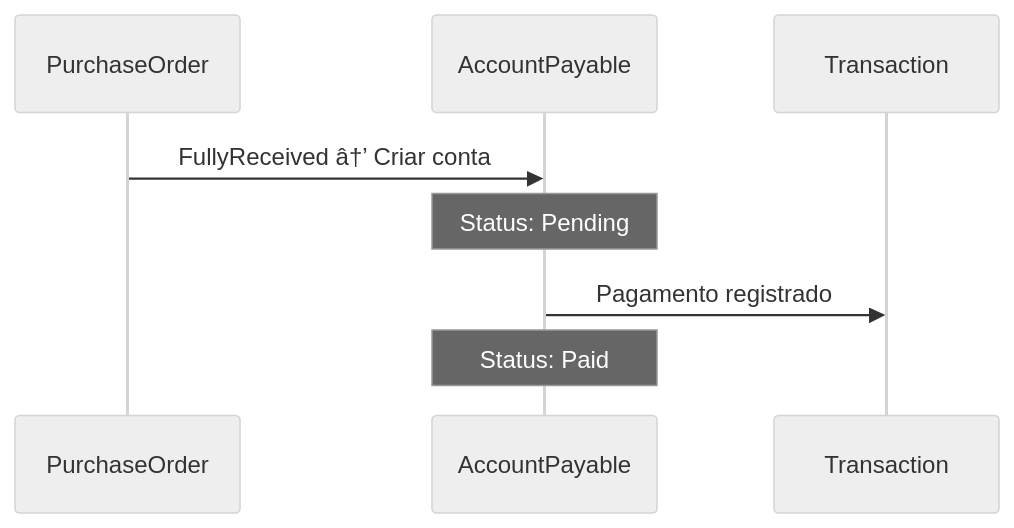
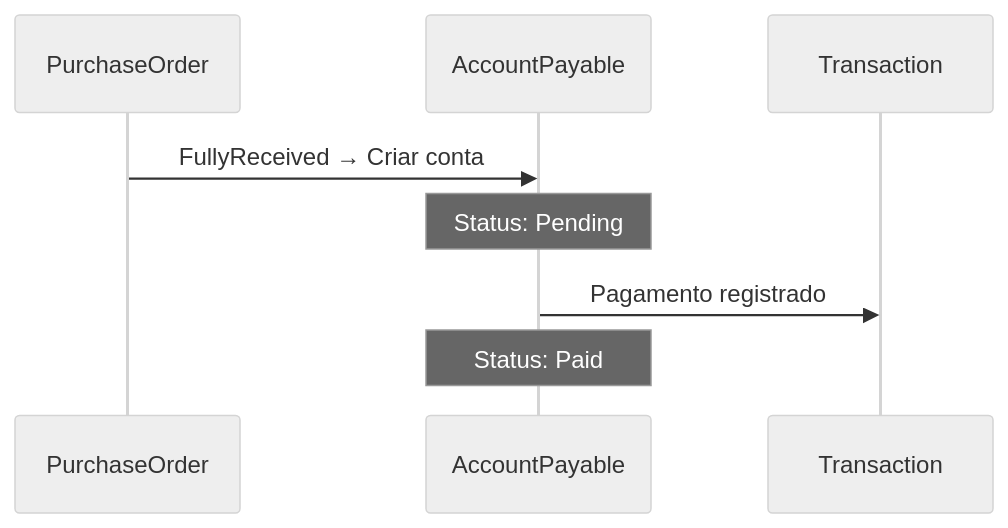
One commit to igor-spalenza/GesN changed the sixth of 7 diagrams in GesN.Web/Context/DOMAIN CONTEXTS/DOMAIN_GUIDE.md. Above: the diagram before and after it, drawn with Mermaid (neutral theme). The commit also changed other lines of this file and 10 other files, not shown here.

````diff
--- a/GesN.Web/Context/DOMAIN CONTEXTS/DOMAIN_GUIDE.md
+++ b/GesN.Web/Context/DOMAIN CONTEXTS/DOMAIN_GUIDE.md
@@ -1248,12 +1248,12 @@
 ```mermaid
 sequenceDiagram
     participant PO as PurchaseOrder
     participant AP as AccountPayable
     participant T as Transaction
     
-    PO->>AP: FullyReceived â†’ Criar conta
+    PO->>AP: FullyReceived → Criar conta
     Note over AP: Status: Pending
     
     AP->>T: Pagamento registrado
     Note over AP: Status: Paid
 ```
````
